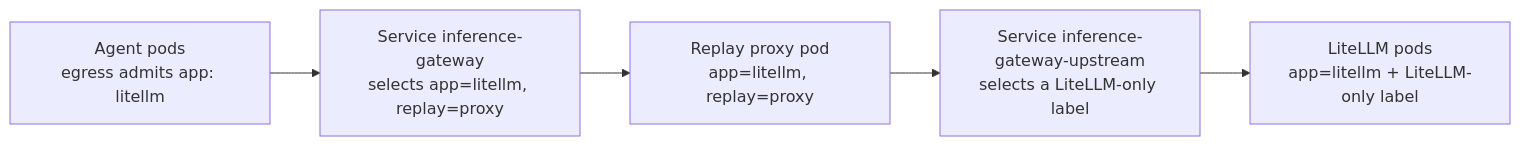
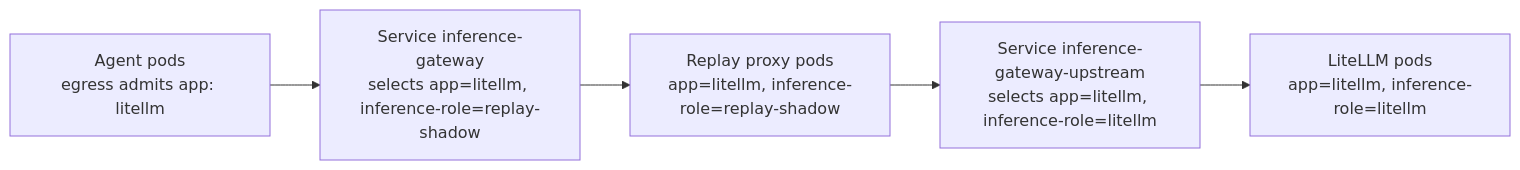
The fourth of 6 diagrams in examples/inference-replay/eval-design.md (gke-labs/kube-agents), drawn with Mermaid before and after one commit. The commit also changed other lines of this file and 2 other files, not shown here.

Commit message:
docs(replay-proxy): how CI runs the shadow proxy and where its data lands

````diff
--- a/examples/inference-replay/eval-design.md
+++ b/examples/inference-replay/eval-design.md
@@ -237,9 +240,9 @@
 ```mermaid
 flowchart LR
     agents["Agent pods<br/>egress admits app: litellm"]
-    svc["Service inference-gateway<br/>selects app=litellm, replay=proxy"]
-    proxy["Replay proxy pod<br/>app=litellm, replay=proxy"]
-    up["Service inference-gateway-upstream<br/>selects a LiteLLM-only label"]
-    lite["LiteLLM pods<br/>app=litellm + LiteLLM-only label"]
+    svc["Service inference-gateway<br/>selects app=litellm, inference-role=replay-shadow"]
+    proxy["Replay proxy pods<br/>app=litellm, inference-role=replay-shadow"]
+    up["Service inference-gateway-upstream<br/>selects app=litellm, inference-role=litellm"]
+    lite["LiteLLM pods<br/>app=litellm, inference-role=litellm"]
     agents --> svc --> proxy --> up --> lite
 ```
````
